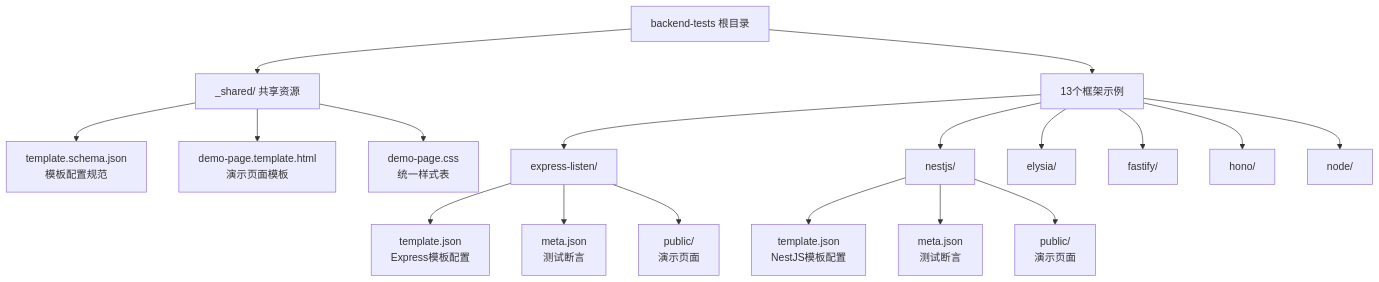
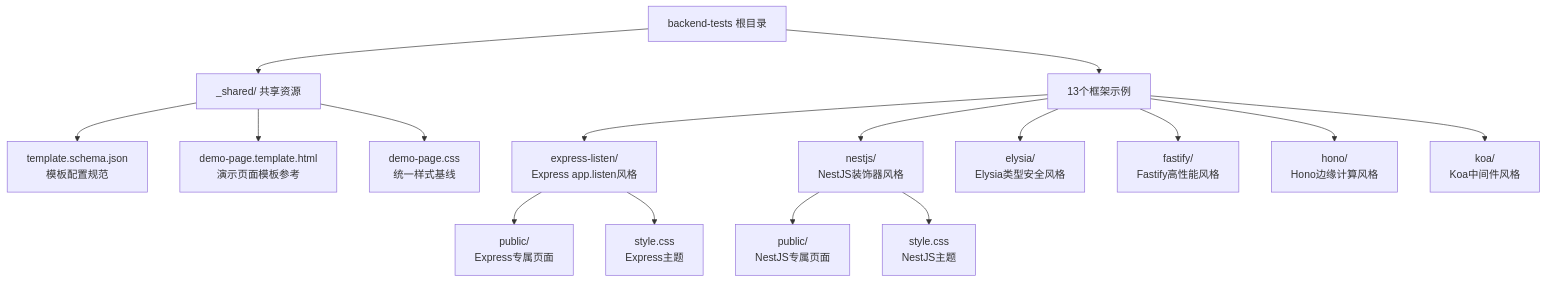
Before and after one commit to esa-sp/test-for-aone-ci: the first of 6 diagrams in .qoder/repowiki/zh/content/后端框架测试/后端框架测试套件.md, drawn with Mermaid. The commit also changed other lines of this file and 39 other files, not shown here.

````diff
--- a/.qoder/repowiki/zh/content/后端框架测试/后端框架测试套件.md
+++ b/.qoder/repowiki/zh/content/后端框架测试/后端框架测试套件.md
@@ -59,20 +57,18 @@
 ```mermaid
 graph TB
 Root["backend-tests 根目录"] --> Shared["_shared/ 共享资源"]
 Shared --> TemplateSchema["template.schema.json<br/>模板配置规范"]
-Shared --> DemoTemplate["demo-page.template.html<br/>演示页面模板"]
-Shared --> DemoCSS["demo-page.css<br/>统一样式表"]
+Shared --> DemoTemplate["demo-page.template.html<br/>演示页面模板参考"]
+Shared --> DemoCSS["demo-page.css<br/>统一样式基线"]
 Root --> Frameworks["13个框架示例"]
-Frameworks --> ExpressListen["express-listen/"]
-Frameworks --> NestJS["nestjs/"]
-Frameworks --> Elysia["elysia/"]
-Frameworks --> Fastify["fastify/"]
-Frameworks --> Hono["hono/"]
-Frameworks --> Node["node/"]
-ExpressListen --> ELTemplate["template.json<br/>Express模板配置"]
-ExpressListen --> ELMeta["meta.json<br/>测试断言"]
-ExpressListen --> ELPublic["public/<br/>演示页面"]
-NestJS --> NSTemplate["template.json<br/>NestJS模板配置"]
-NestJS --> NSMeta["meta.json<br/>测试断言"]
-NestJS --> NSPublic["public/<br/>演示页面"]
+Frameworks --> ExpressListen["express-listen/<br/>Express app.listen风格"]
+Frameworks --> NestJS["nestjs/<br/>NestJS装饰器风格"]
+Frameworks --> Elysia["elysia/<br/>Elysia类型安全风格"]
+Frameworks --> Fastify["fastify/<br/>Fastify高性能风格"]
+Frameworks --> Hono["hono/<br/>Hono边缘计算风格"]
+Frameworks --> Koa["koa/<br/>Koa中间件风格"]
+ExpressListen --> ELPublic["public/<br/>Express专属页面"]
+ExpressListen --> ELStyle["style.css<br/>Express主题"]
+NestJS --> NSPublic["public/<br/>NestJS专属页面"]
+NestJS --> NSStyle["style.css<br/>NestJS主题"]
 ```
````
